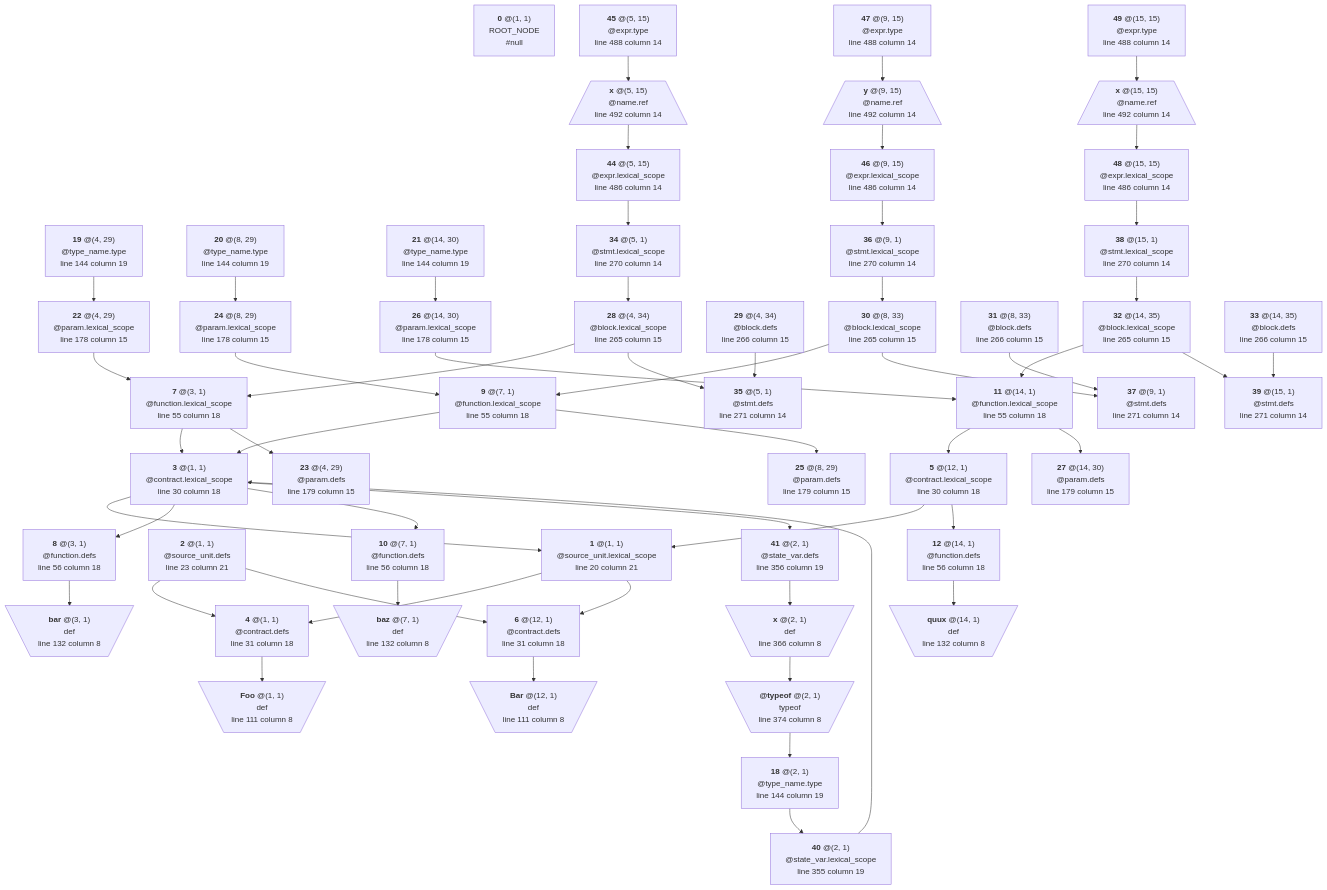
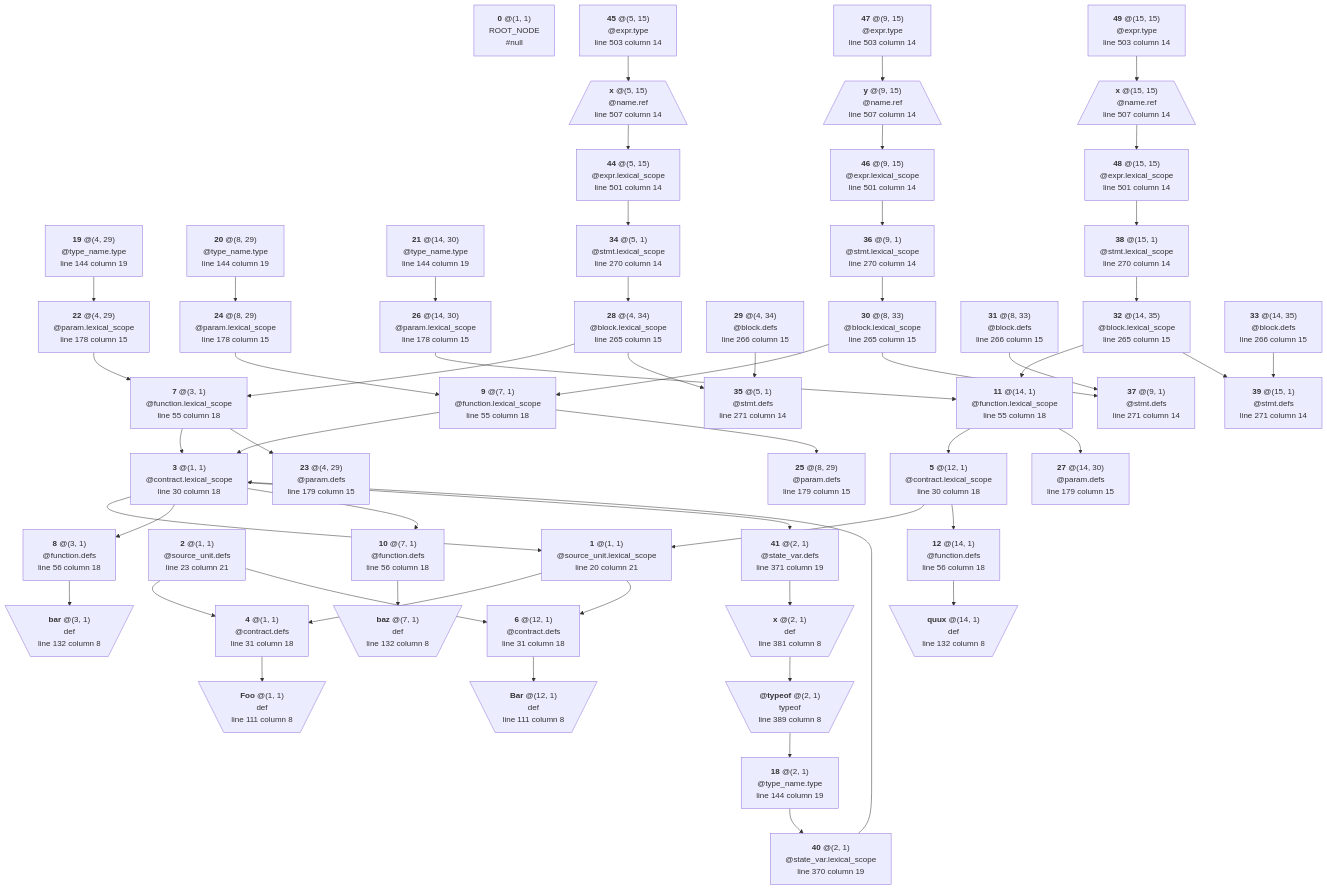
Before and after one commit to manastech/slang: the diagram in crates/solidity/testing/snapshots/bindings_output/lexical/generated/state_vars.sol-0.4.11.mmd, drawn with Mermaid. The commit also changed 21 other files, not shown here.

```diff
--- a/crates/solidity/testing/snapshots/bindings_output/lexical/generated/state_vars.sol-0.4.11.mmd
+++ b/crates/solidity/testing/snapshots/bindings_output/lexical/generated/state_vars.sol-0.4.11.mmd
@@ -161,53 +161,53 @@
 line 271 column 14`"]
 	N40["`**40** @(2, 1)
 @state_var.lexical_scope
-line 355 column 19`"]
+line 370 column 19`"]
 	N40 --> N3
 	N41["`**41** @(2, 1)
 @state_var.defs
-line 356 column 19`"]
+line 371 column 19`"]
 	N41 --> N42
 	N42[\"`**x** @(2, 1)
 def
-line 366 column 8`"/]
+line 381 column 8`"/]
 	N42 --> N43
 	N43[\"`**@typeof** @(2, 1)
 typeof
-line 374 column 8`"/]
+line 389 column 8`"/]
 	N43 --> N18
 	N44["`**44** @(5, 15)
 @expr.lexical_scope
-line 486 column 14`"]
+line 501 column 14`"]
 	N44 --> N34
 	N45["`**45** @(5, 15)
 @expr.type
-line 488 column 14`"]
+line 503 column 14`"]
 	N45 --> N50
 	N46["`**46** @(9, 15)
 @expr.lexical_scope
-line 486 column 14`"]
+line 501 column 14`"]
 	N46 --> N36
 	N47["`**47** @(9, 15)
 @expr.type
-line 488 column 14`"]
+line 503 column 14`"]
 	N47 --> N51
 	N48["`**48** @(15, 15)
 @expr.lexical_scope
-line 486 column 14`"]
+line 501 column 14`"]
 	N48 --> N38
 	N49["`**49** @(15, 15)
 @expr.type
-line 488 column 14`"]
+line 503 column 14`"]
 	N49 --> N52
 	N50[/"`**x** @(5, 15)
 @name.ref
-line 492 column 14`"\]
+line 507 column 14`"\]
 	N50 --> N44
 	N51[/"`**y** @(9, 15)
 @name.ref
-line 492 column 14`"\]
+line 507 column 14`"\]
 	N51 --> N46
 	N52[/"`**x** @(15, 15)
 @name.ref
-line 492 column 14`"\]
+line 507 column 14`"\]
 	N52 --> N48
```
